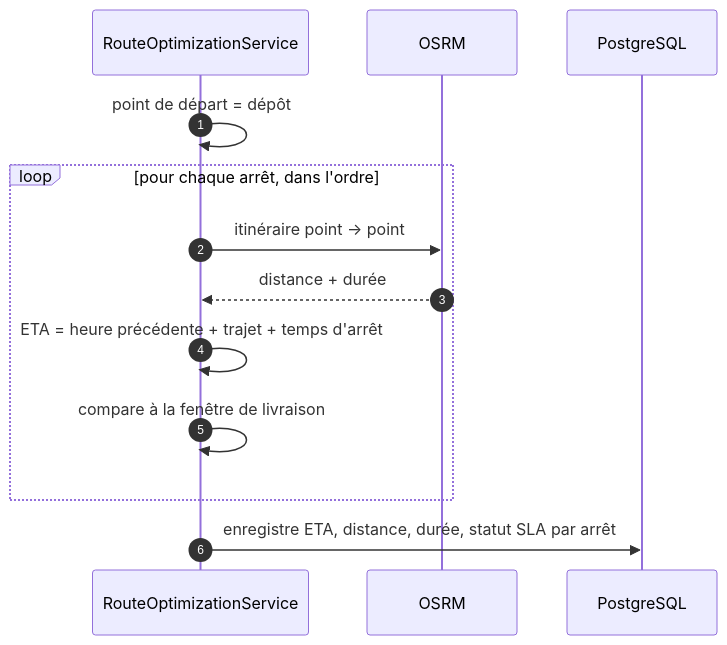
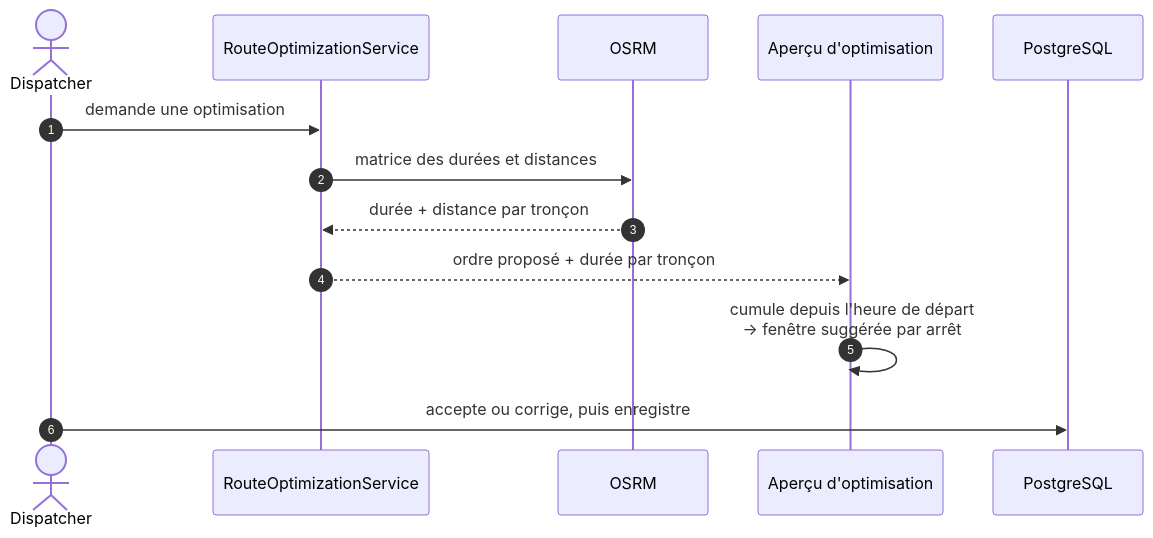
The third of 4 diagrams in docs/metier/tournees.md (Moaziz667/asm-track), drawn with Mermaid before and after one commit. The commit also changed other lines of this file and 15 other files, not shown here.

````diff
--- a/docs/metier/tournees.md
+++ b/docs/metier/tournees.md
@@ -76,16 +76,16 @@
 ```mermaid
 sequenceDiagram
     autonumber
+    actor D as Dispatcher
     participant R as RouteOptimizationService
     participant O as OSRM
+    participant UI as Aperçu d'optimisation
     participant DB as PostgreSQL
 
-    R->>R: point de départ = dépôt
-    loop pour chaque arrêt, dans l'ordre
-        R->>O: itinéraire point → point
-        O-->>R: distance + durée
-        R->>R: ETA = heure précédente + trajet + temps d'arrêt
-        R->>R: compare à la fenêtre de livraison
-    end
-    R->>DB: enregistre ETA, distance, durée, statut SLA par arrêt
+    D->>R: demande une optimisation
+    R->>O: matrice des durées et distances
+    O-->>R: durée + distance par tronçon
+    R-->>UI: ordre proposé + durée par tronçon
+    UI->>UI: cumule depuis l'heure de départ<br/>→ fenêtre suggérée par arrêt
+    D->>DB: accepte ou corrige, puis enregistre
 ```
````
